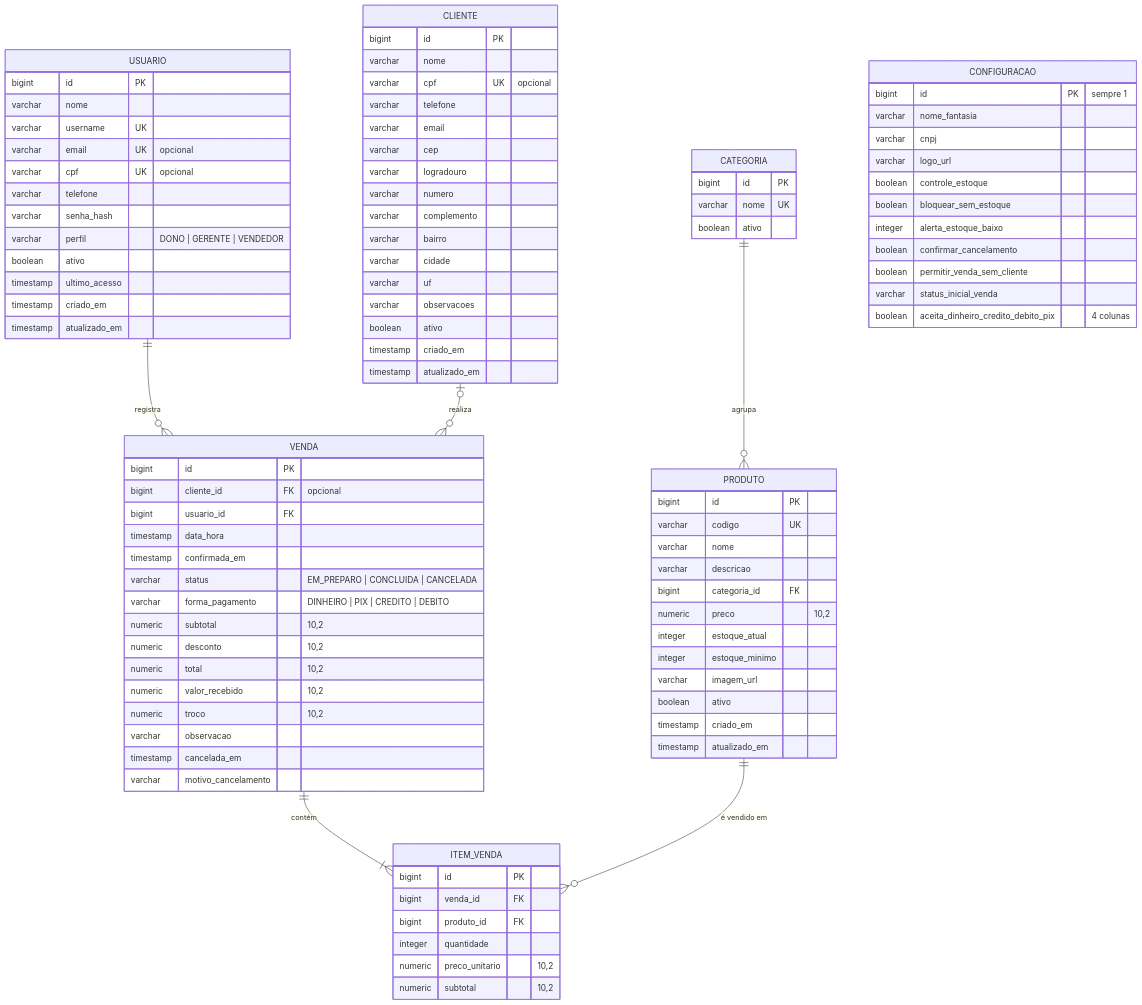
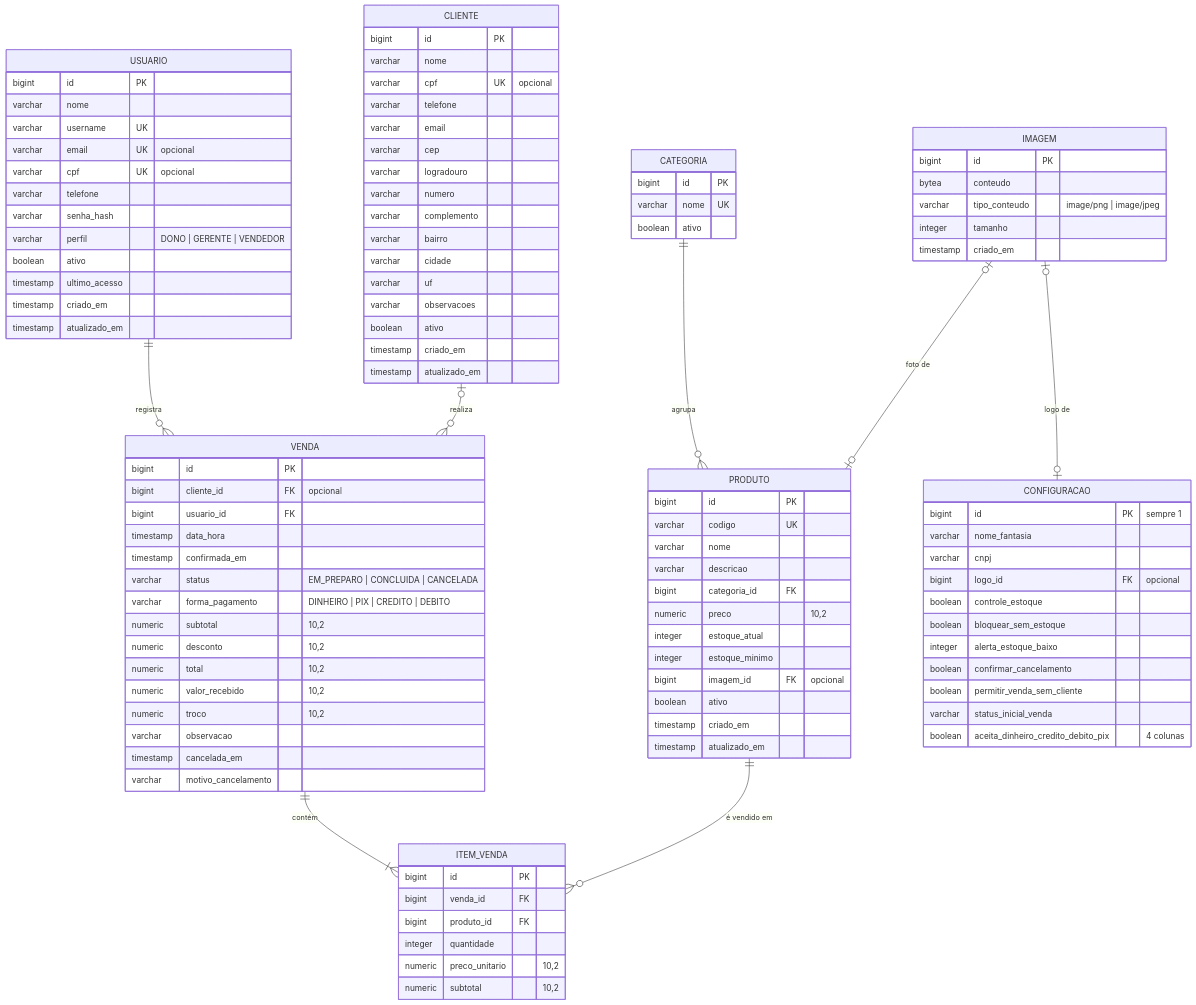
Before and after one commit to luiztrovao/ProjetoA3: the diagram in docs/modelagem/modelo-de-dados.md, drawn with Mermaid. The commit also changed other lines of this file and 32 other files, not shown here.

First line of the commit message:
feat: upload do logo e das fotos de produto salvos no banco (#9)

```diff
--- a/docs/modelagem/modelo-de-dados.md
+++ b/docs/modelagem/modelo-de-dados.md
@@ -14,6 +14,16 @@
     VENDA ||--|{ ITEM_VENDA : "contém"
     PRODUTO ||--o{ ITEM_VENDA : "é vendido em"
     CATEGORIA ||--o{ PRODUTO : "agrupa"
+    IMAGEM |o--o| PRODUTO : "foto de"
+    IMAGEM |o--o| CONFIGURACAO : "logo de"
+
+    IMAGEM {
+        bigint id PK
+        bytea conteudo
+        varchar tipo_conteudo "image/png | image/jpeg"
+        integer tamanho
+        timestamp criado_em
+    }
 
     USUARIO {
         bigint id PK
@@ -64,7 +74,7 @@
         numeric preco "10,2"
         integer estoque_atual
         integer estoque_minimo
-        varchar imagem_url
+        bigint imagem_id FK "opcional"
         boolean ativo
         timestamp criado_em
         timestamp atualizado_em
@@ -101,7 +111,7 @@
         bigint id PK "sempre 1"
         varchar nome_fantasia
         varchar cnpj
-        varchar logo_url
+        bigint logo_id FK "opcional"
         boolean controle_estoque
         boolean bloquear_sem_estoque
         integer alerta_estoque_baixo
```
